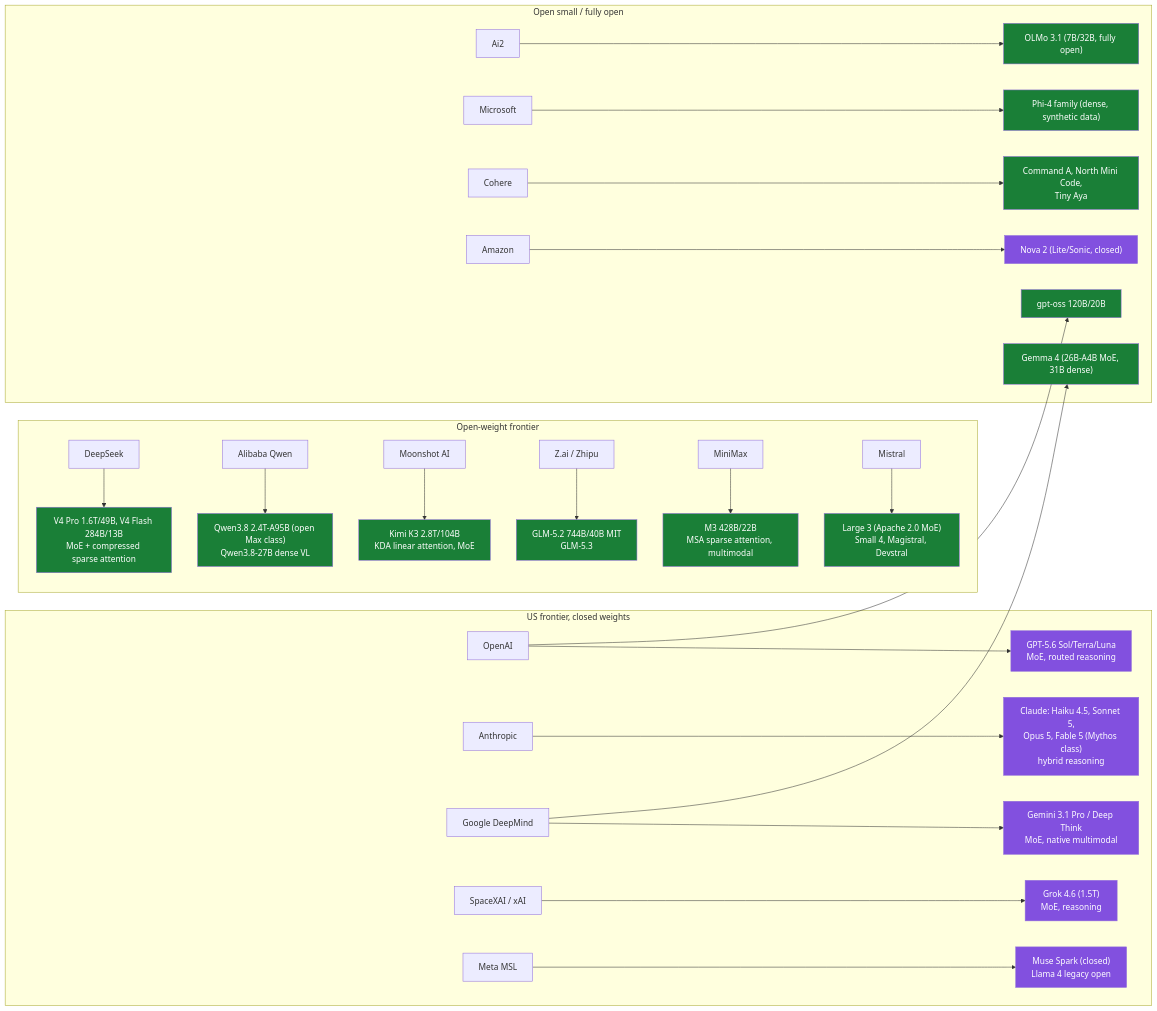
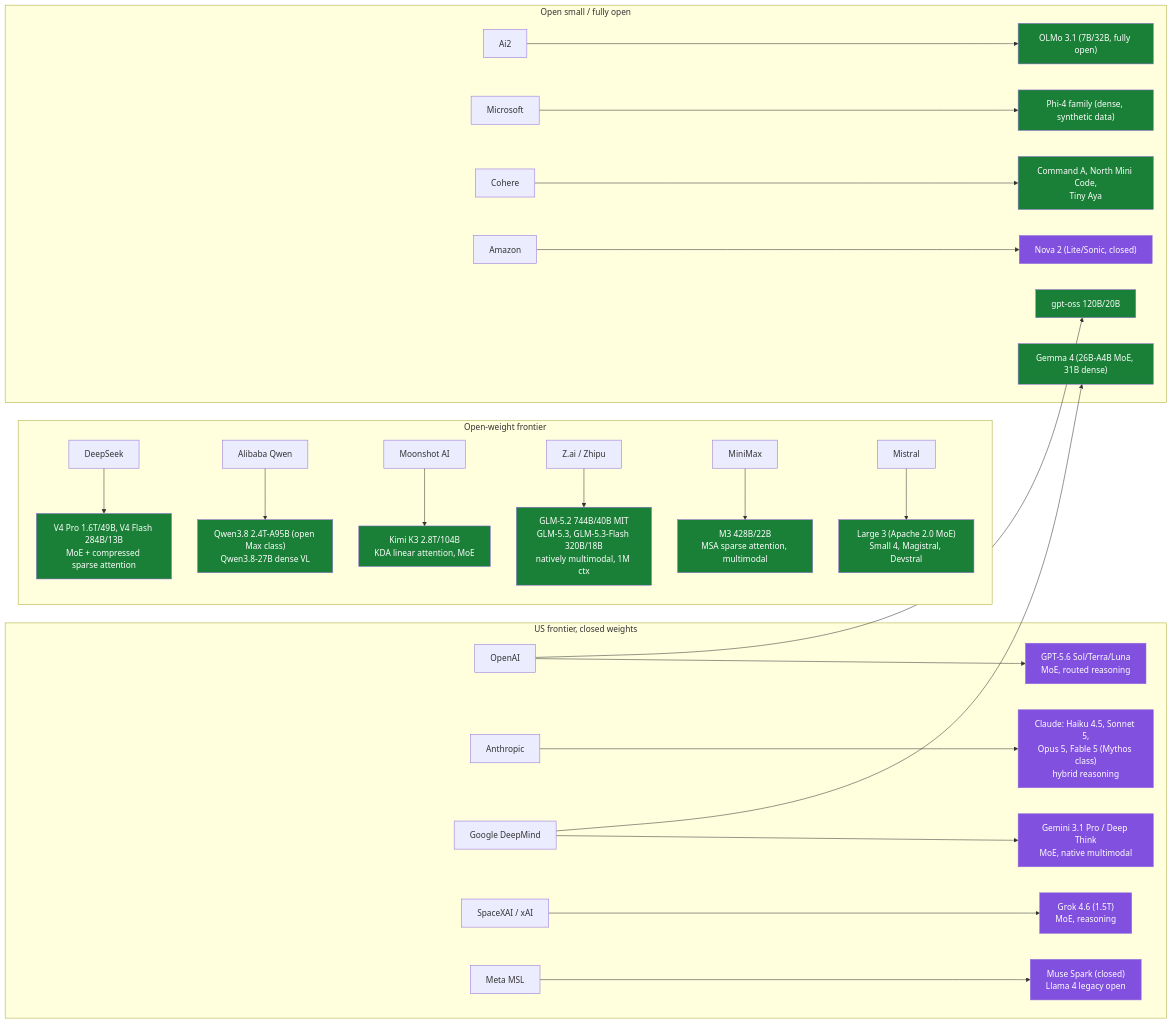
The diagram in topics/llms/summary.md (khalit7/technical_knowledge_base), drawn with Mermaid before and after one commit. The commit also changed other lines of this file and 22 other files, not shown here.

````diff
--- a/topics/llms/summary.md
+++ b/topics/llms/summary.md
@@ -26,31 +26,31 @@
 ```mermaid
 graph LR
     classDef open fill:#1a7f37,color:#fff
     classDef closed fill:#8250df,color:#fff
 
     subgraph US_closed["US frontier, closed weights"]
         OAI[OpenAI] --> GPT["GPT-5.6 Sol/Terra/Luna<br/>MoE, routed reasoning"]:::closed
         ANT[Anthropic] --> CLA["Claude: Haiku 4.5, Sonnet 5,<br/>Opus 5, Fable 5 (Mythos class)<br/>hybrid reasoning"]:::closed
         GOO[Google DeepMind] --> GEM["Gemini 3.1 Pro / Deep Think<br/>MoE, native multimodal"]:::closed
         XAI[SpaceXAI / xAI] --> GRK["Grok 4.6 (1.5T)<br/>MoE, reasoning"]:::closed
         META[Meta MSL] --> MUSE["Muse Spark (closed)<br/>Llama 4 legacy open"]:::closed
     end
 
     subgraph Open_frontier["Open-weight frontier"]
         DS[DeepSeek] --> V4["V4 Pro 1.6T/49B, V4 Flash 284B/13B<br/>MoE + compressed sparse attention"]:::open
         QW[Alibaba Qwen] --> Q38["Qwen3.8 2.4T-A95B (open Max class)<br/>Qwen3.8-27B dense VL"]:::open
         MK[Moonshot AI] --> K3["Kimi K3 2.8T/104B<br/>KDA linear attention, MoE"]:::open
-        ZP[Z.ai / Zhipu] --> GLM["GLM-5.2 744B/40B MIT<br/>GLM-5.3"]:::open
+        ZP[Z.ai / Zhipu] --> GLM["GLM-5.2 744B/40B MIT<br/>GLM-5.3, GLM-5.3-Flash 320B/18B<br/>natively multimodal, 1M ctx"]:::open
         MM[MiniMax] --> M3["M3 428B/22B<br/>MSA sparse attention, multimodal"]:::open
         MIS[Mistral] --> ML3["Large 3 (Apache 2.0 MoE)<br/>Small 4, Magistral, Devstral"]:::open
     end
 
     subgraph Open_research["Open small / fully open"]
         GOO --> GMA["Gemma 4 (26B-A4B MoE, 31B dense)"]:::open
         OAI --> OSS["gpt-oss 120B/20B"]:::open
         AI2[Ai2] --> OLMO["OLMo 3.1 (7B/32B, fully open)"]:::open
         MSFT[Microsoft] --> PHI["Phi-4 family (dense, synthetic data)"]:::open
         COH[Cohere] --> CMD["Command A, North Mini Code,<br/>Tiny Aya"]:::open
         AMZ[Amazon] --> NOVA["Nova 2 (Lite/Sonic, closed)"]:::closed
     end
 ```
````
